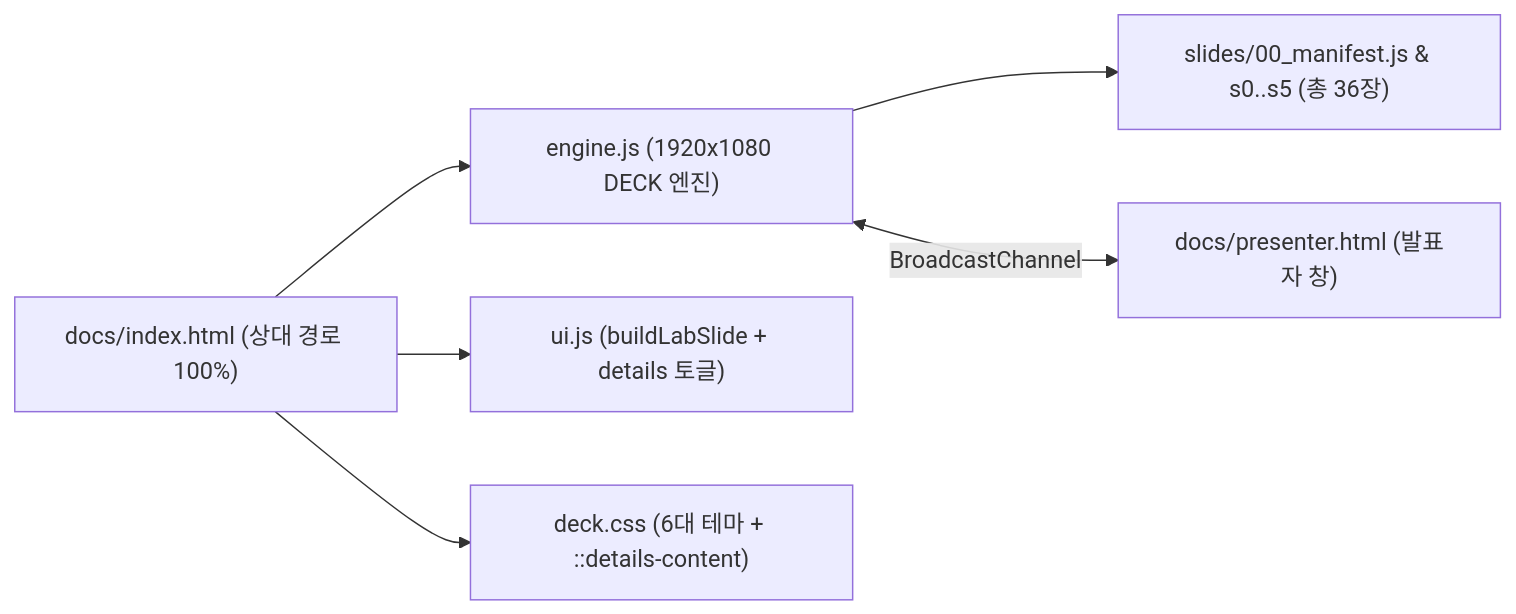
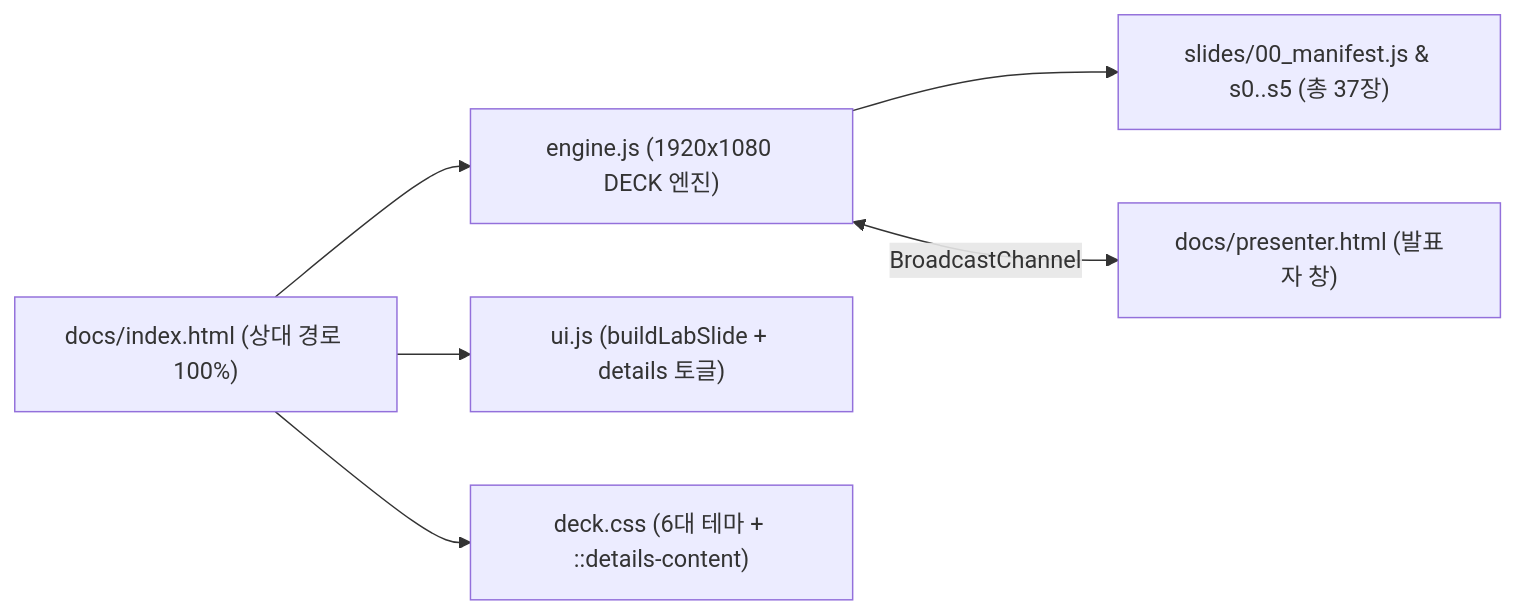
One commit to yojulab/learn_Loop_engineering changed the diagram in docs/README.md. Above: the diagram before and after it, drawn with Mermaid. The commit also changed 7 other files, not shown here.

````diff
--- a/docs/README.md
+++ b/docs/README.md
@@ -11,8 +11,8 @@
 ```mermaid
 flowchart LR
     IDX["docs/index.html (상대 경로 100%)"] --> ENG["engine.js (1920x1080 DECK 엔진)"]
     IDX --> UI["ui.js (buildLabSlide + details 토글)"]
     IDX --> CSS["deck.css (6대 테마 + ::details-content)"]
-    ENG --> SL["slides/00_manifest.js & s0..s5 (총 36장)"]
+    ENG --> SL["slides/00_manifest.js & s0..s5 (총 37장)"]
     ENG <-->|"BroadcastChannel"| PRS["docs/presenter.html (발표자 창)"]
 ```
````
